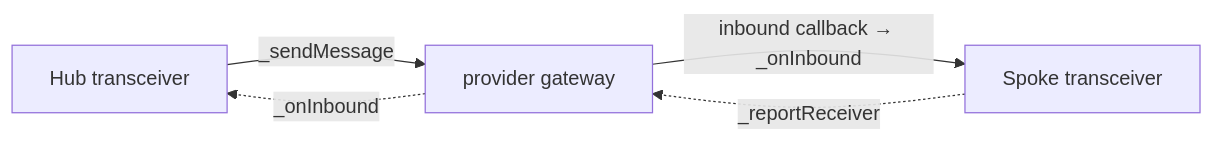
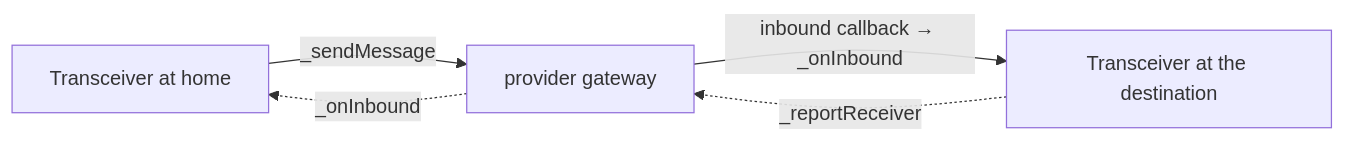
One commit to crossecute/protocol changed the second of 2 diagrams in docs/provider-spec.md. Above: the diagram before and after it, drawn with Mermaid. The commit also changed other lines of this file, not shown here.

Commit message:
docs(spec): one transceiver per chain, born accepting the governor's home

````diff
--- a/docs/provider-spec.md
+++ b/docs/provider-spec.md
@@ -143,7 +144,7 @@
 ```mermaid
 flowchart LR
-    Hub[Hub transceiver] -->|"_sendMessage"| Gw[provider gateway]
-    Gw -->|"inbound callback → _onInbound"| Spoke[Spoke transceiver]
-    Spoke -.->|"_reportReceiver"| Gw
-    Gw -.->|"_onInbound"| Hub
+    Home[Transceiver at home] -->|"_sendMessage"| Gw[provider gateway]
+    Gw -->|"inbound callback → _onInbound"| Dest[Transceiver at the destination]
+    Dest -.->|"_reportReceiver"| Gw
+    Gw -.->|"_onInbound"| Home
 ```
````
